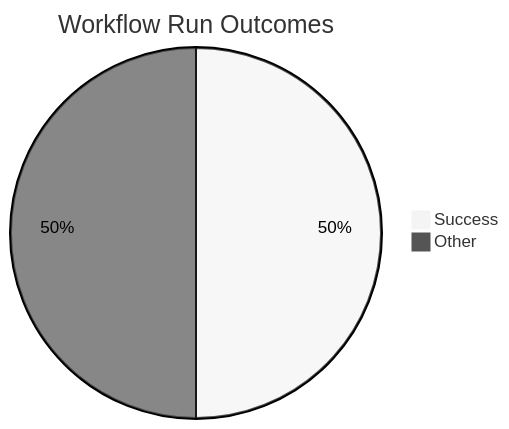
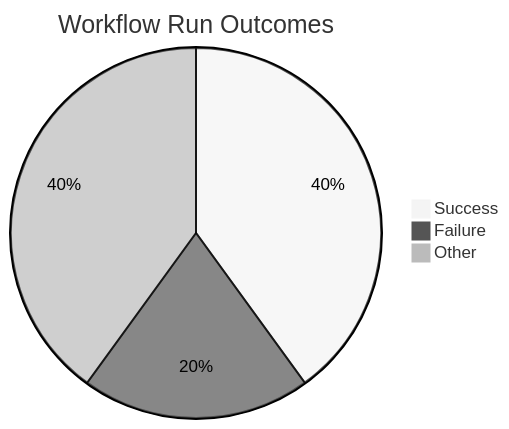
The first of 4 diagrams in docs/ci-cd/dora-summary.md (ukma-cs-ssdm-2025/rate-ukma), drawn with Mermaid (neutral theme) before and after one commit. The commit also changed other lines of this file, not shown here.

````diff
--- a/docs/ci-cd/dora-summary.md
+++ b/docs/ci-cd/dora-summary.md
@@ -22,5 +22,6 @@
 ```mermaid
 pie title Workflow Run Outcomes
     "Success" : 2
+    "Failure" : 1
     "Other" : 2
 ```
````
